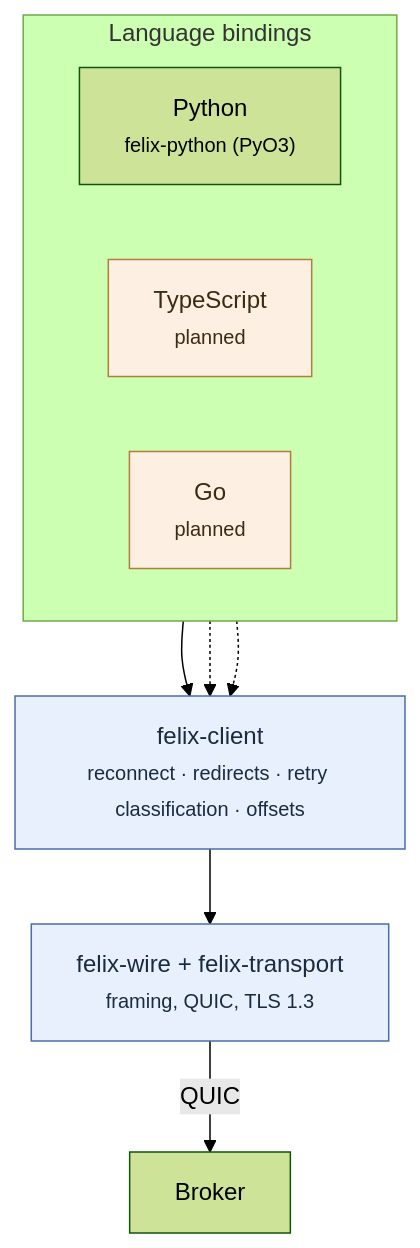
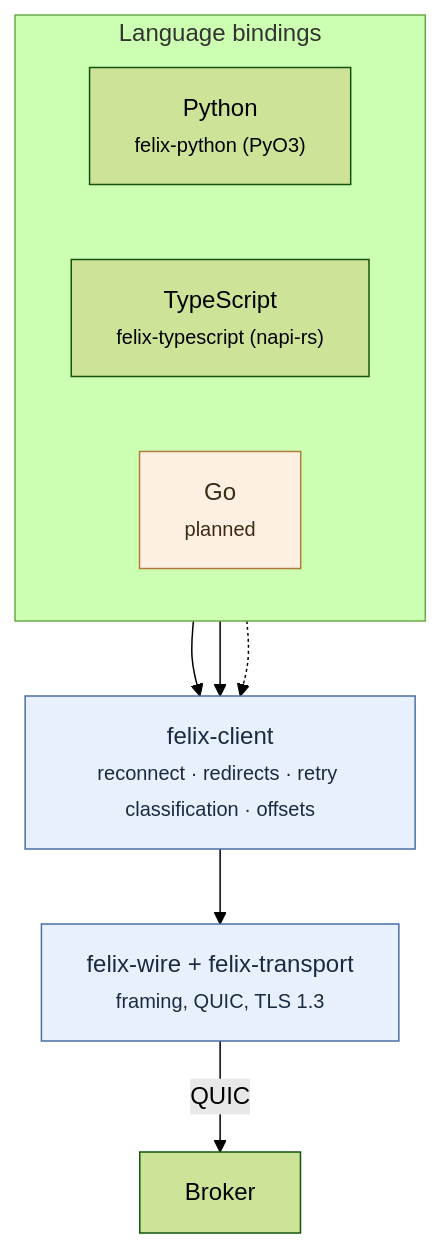
One commit to gabloe/felix changed the diagram in docs-site/src/content/docs/api/clients.md. Above: the diagram before and after it, drawn with Mermaid (forest theme). The commit also changed other lines of this file and 32 other files, not shown here.

````diff
--- a/docs-site/src/content/docs/api/clients.md
+++ b/docs-site/src/content/docs/api/clients.md
@@ -21,24 +21,24 @@
 ```mermaid
 flowchart TB
     subgraph langs["Language bindings"]
         direction LR
         PY["Python<br/><small>felix-python (PyO3)</small>"]
-        TS["TypeScript<br/><small>planned</small>"]
+        TS["TypeScript<br/><small>felix-typescript (napi-rs)</small>"]
         GO["Go<br/><small>planned</small>"]
     end
 
     CORE["felix-client<br/><small>reconnect · redirects · retry classification · offsets</small>"]
     WIRE["felix-wire + felix-transport<br/><small>framing, QUIC, TLS 1.3</small>"]
     BROKER["Broker"]
 
     PY --> CORE
-    TS -.-> CORE
+    TS --> CORE
     GO -.-> CORE
     CORE --> WIRE
     WIRE -->|QUIC| BROKER
 
     classDef planned fill:#fdf0e3,stroke:#b07d3a,color:#3d2a12
     classDef core fill:#e8f0fe,stroke:#4a6fa5,color:#1a2b40
-    class TS,GO planned
+    class GO planned
     class CORE,WIRE core
 ```
````
